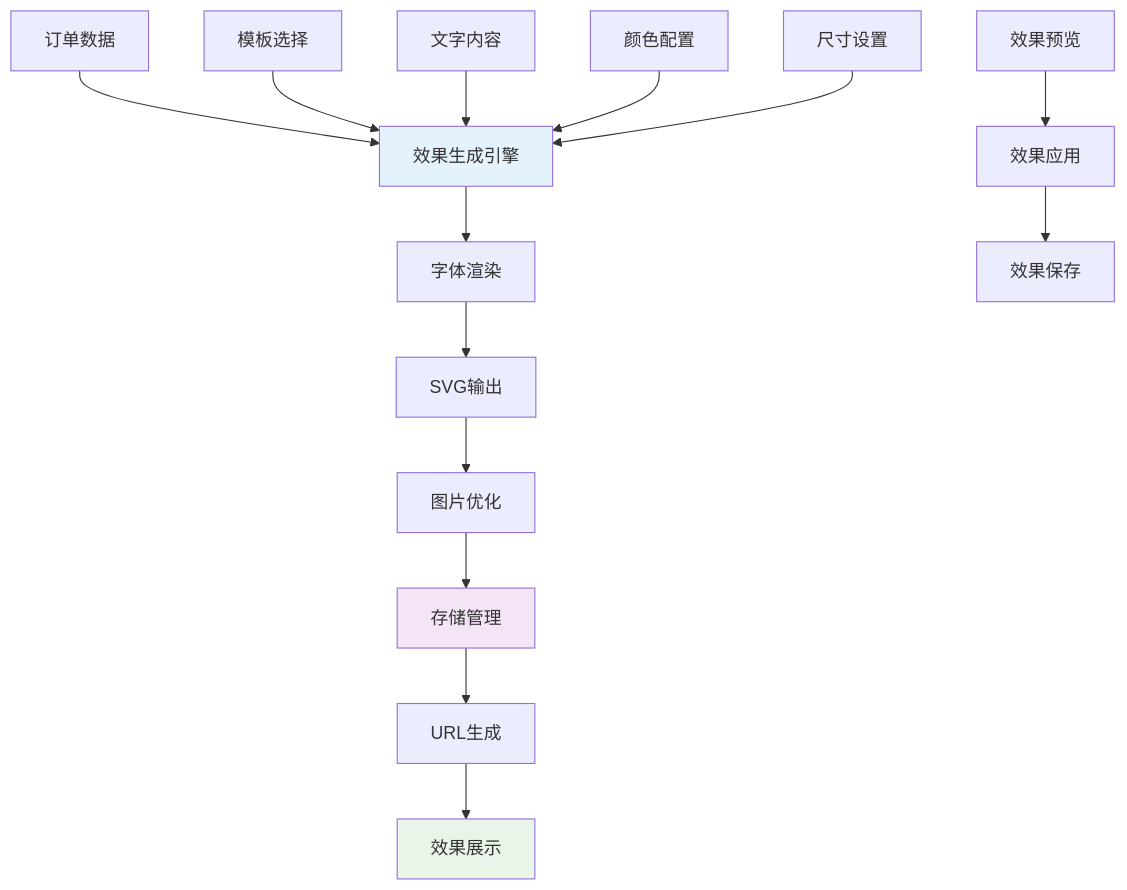
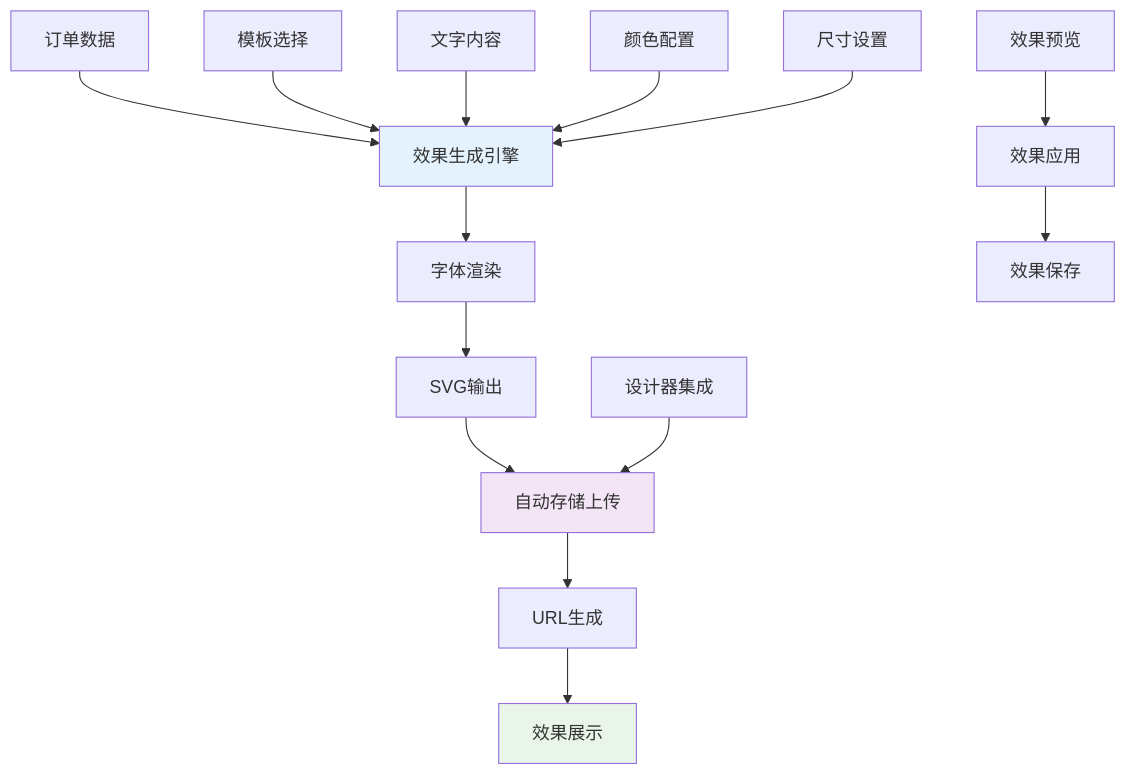
Before and after one commit to SY6621/POD-Order-Management: diagram 11 of 20 in .qoder/repowiki/zh/content/开发指南/管理面板功能增强.md, drawn with Mermaid. The commit also changed other lines of this file and 8 other files, not shown here.

````diff
--- a/.qoder/repowiki/zh/content/开发指南/管理面板功能增强.md
+++ b/.qoder/repowiki/zh/content/开发指南/管理面板功能增强.md
@@ -431,19 +540,19 @@
 ```mermaid
 flowchart TD
 A[订单数据] --> B[效果生成引擎]
 B --> C[字体渲染]
 C --> D[SVG输出]
-D --> E[图片优化]
-E --> F[存储管理]
-F --> G[URL生成]
-G --> H[效果展示]
-I[模板选择] --> B
-J[文字内容] --> B
-K[颜色配置] --> B
-L[尺寸设置] --> B
-M[效果预览] --> N[效果应用]
-N --> O[效果保存]
+D --> E[自动存储上传]
+E --> F[URL生成]
+F --> G[效果展示]
+H[模板选择] --> B
+I[文字内容] --> B
+J[颜色配置] --> B
+K[尺寸设置] --> B
+L[效果预览] --> M[效果应用]
+M --> N[效果保存]
+O[设计器集成] --> E
 style B fill:#e3f2fd
-style F fill:#f3e5f5
-style H fill:#e8f5e8
+style E fill:#f3e5f5
+style G fill:#e8f5e8
 ```
````
